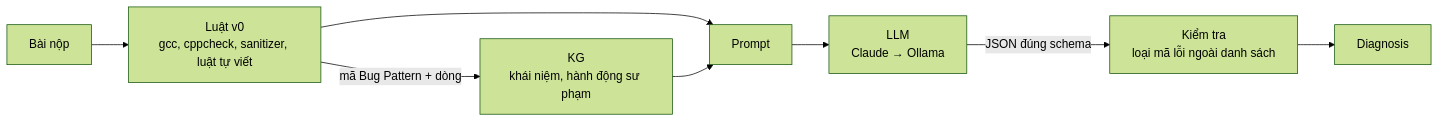
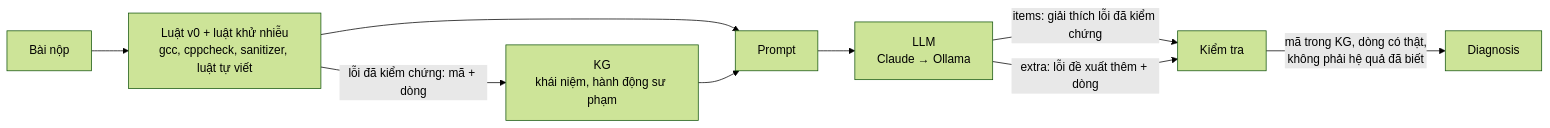
One commit to namt9/kt-learning-assistant changed the diagram in docs/diagnosis_agent.md. Above: the diagram before and after it, drawn with Mermaid (forest theme). The commit also changed other lines of this file and 4 other files, not shown here.

First line of the commit message:
feat(diagnosis): Hybrid nhận thêm lỗi LLM đề xuất đã qua kiểm tra

````diff
--- a/docs/diagnosis_agent.md
+++ b/docs/diagnosis_agent.md
@@ -7,10 +7,11 @@
 ```mermaid
 flowchart LR
-    S[Bài nộp] --> R[Luật v0<br/>gcc, cppcheck, sanitizer, luật tự viết]
-    R -->|mã Bug Pattern + dòng| K[KG<br/>khái niệm, hành động sư phạm]
+    S[Bài nộp] --> R[Luật v0 + luật khử nhiễu<br/>gcc, cppcheck, sanitizer, luật tự viết]
+    R -->|lỗi đã kiểm chứng: mã + dòng| K[KG<br/>khái niệm, hành động sư phạm]
     R --> P[Prompt]
     K --> P
     P --> L[LLM<br/>Claude → Ollama]
-    L -->|JSON đúng schema| V[Kiểm tra<br/>loại mã lỗi ngoài danh sách]
-    V --> D[Diagnosis]
+    L -->|items: giải thích lỗi đã kiểm chứng| V[Kiểm tra]
+    L -->|extra: lỗi đề xuất thêm + dòng| V
+    V -->|mã trong KG, dòng có thật,<br/>không phải hệ quả đã biết| D[Diagnosis]
 ```
````
